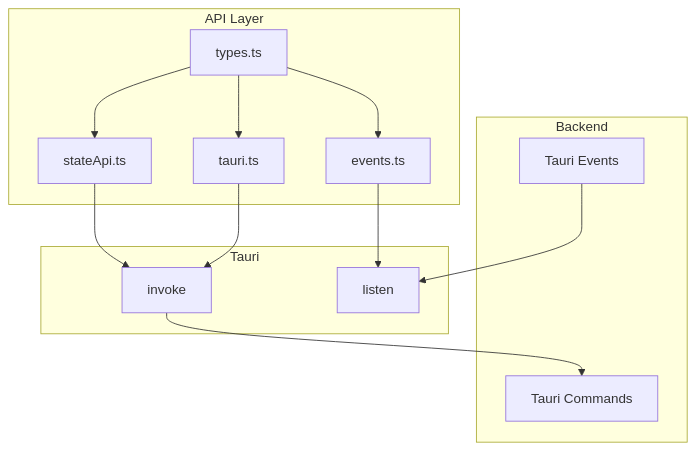
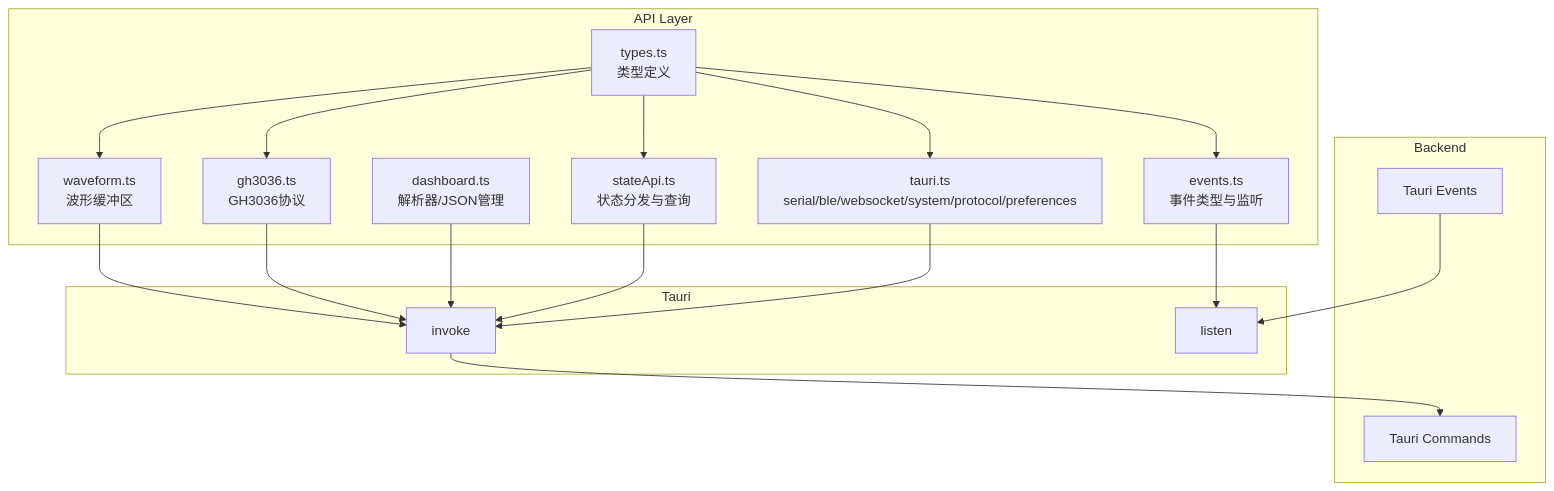
One commit to XiaoPb/combridge changed the diagram in docs/architecture/frontend/api-layer.md. Above: the diagram before and after it, drawn with Mermaid. The commit also changed other lines of this file and 10 other files, not shown here.

First line of the commit message:
docs: 重写前端架构文档，补充 Dashboard/GH3036/Waveform/Home 等模块

````diff
--- a/docs/architecture/frontend/api-layer.md
+++ b/docs/architecture/frontend/api-layer.md
@@ -161,30 +352,38 @@
 ```mermaid
 graph TB
     subgraph API Layer
-        TauriAPI[tauri.ts]
-        EventsAPI[events.ts]
-        StateAPI[stateApi.ts]
-        Types[types.ts]
+        TauriAPI[tauri.ts<br/>serial/ble/websocket/system/protocol/preferences]
+        EventsAPI[events.ts<br/>事件类型与监听]
+        StateAPI[stateApi.ts<br/>状态分发与查询]
+        DashboardAPI[dashboard.ts<br/>解析器/JSON管理]
+        Gh3036API[gh3036.ts<br/>GH3036协议]
+        WaveformAPI[waveform.ts<br/>波形缓冲区]
+        Types[types.ts<br/>类型定义]
     end
-    
+
     subgraph Tauri
         Invoke[invoke]
         Listen[listen]
     end
-    
+
     subgraph Backend
         Commands[Tauri Commands]
         Events[Tauri Events]
     end
-    
+
     TauriAPI --> Invoke
     EventsAPI --> Listen
     StateAPI --> Invoke
-    
+    DashboardAPI --> Invoke
+    Gh3036API --> Invoke
+    WaveformAPI --> Invoke
+
     Invoke --> Commands
     Events --> Listen
-    
+
     Types --> TauriAPI
     Types --> EventsAPI
     Types --> StateAPI
+    Types --> Gh3036API
+    Types --> WaveformAPI
 ```
````
